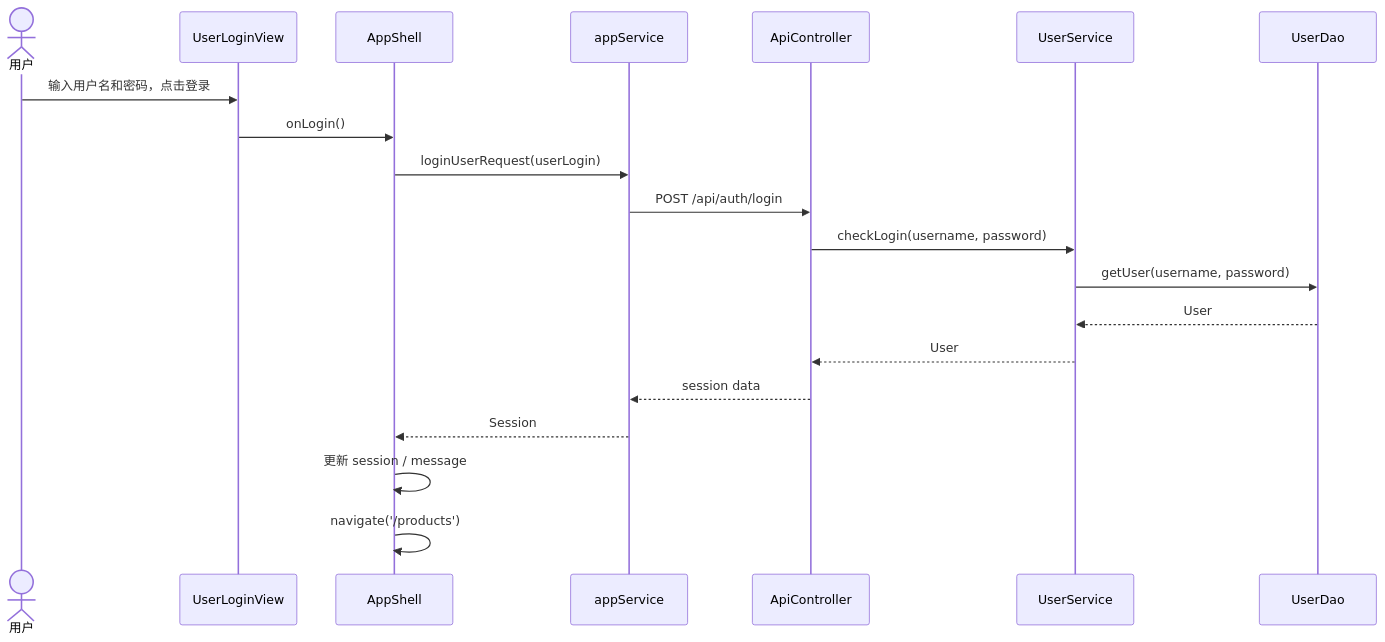
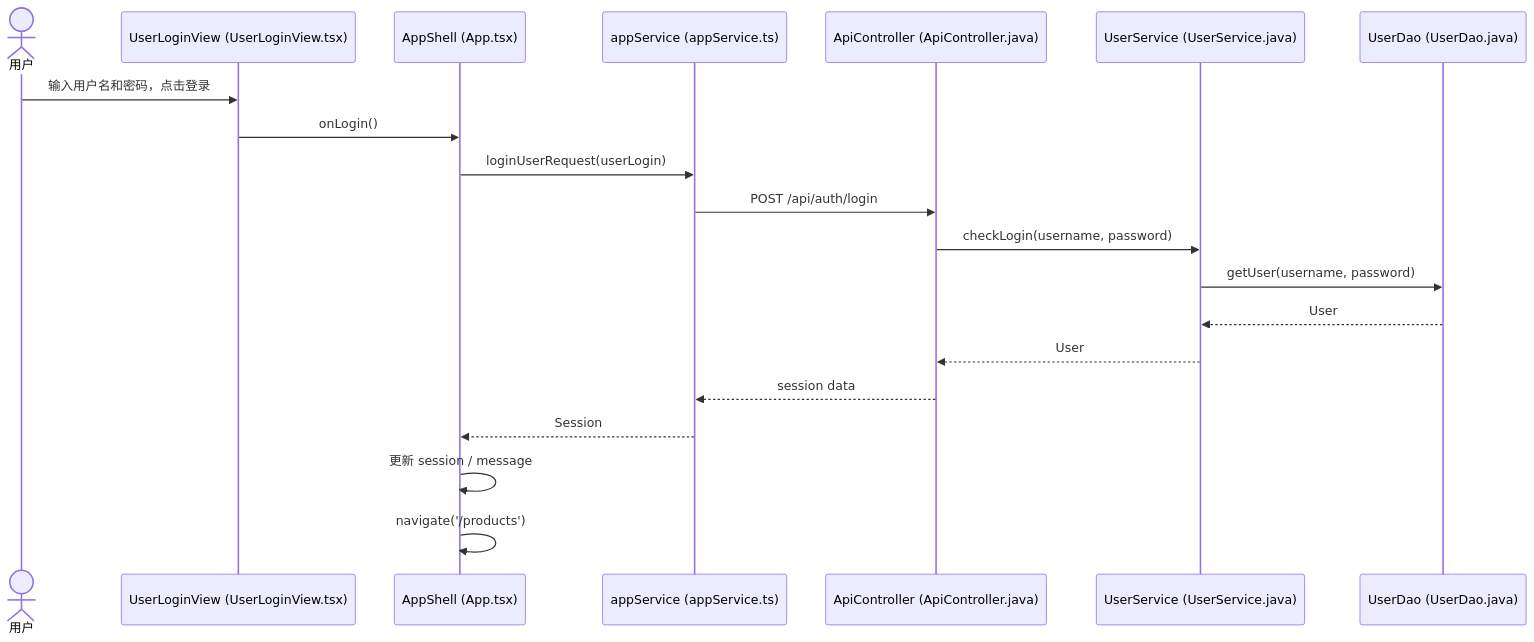
Before and after one commit to kurekako2017/vscode_study: the fourth of 8 diagrams in java-projects/JtProject-React/docs/README.md, drawn with Mermaid. The commit also changed other lines of this file and 11 other files, not shown here.

Commit message:
docs: expand AWS and project diagrams

````diff
--- a/java-projects/JtProject-React/docs/README.md
+++ b/java-projects/JtProject-React/docs/README.md
@@ -526,23 +651,23 @@
 ```mermaid
 sequenceDiagram
 	actor U as 用户
-	participant V as UserLoginView
-	participant S as AppShell
-	participant A as appService
-	participant C as ApiController
-	participant US as UserService
-	participant UD as UserDao
+	participant V as UserLoginView (UserLoginView.tsx)
+	participant S as AppShell (App.tsx)
+	participant A as appService (appService.ts)
+	participant C as ApiController (ApiController.java)
+	participant US as UserService (UserService.java)
+	participant UD as UserDao (UserDao.java)
 
 	U->>V: 输入用户名和密码，点击登录
 	V->>S: onLogin()
 	S->>A: loginUserRequest(userLogin)
 	A->>C: POST /api/auth/login
 	C->>US: checkLogin(username, password)
 	US->>UD: getUser(username, password)
 	UD-->>US: User
 	US-->>C: User
 	C-->>A: session data
 	A-->>S: Session
 	S->>S: 更新 session / message
 	S->>S: navigate('/products')
 ```
````
